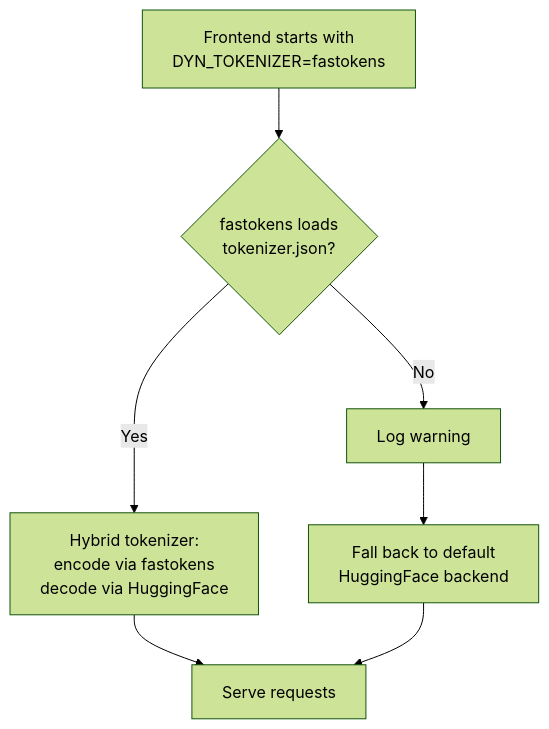
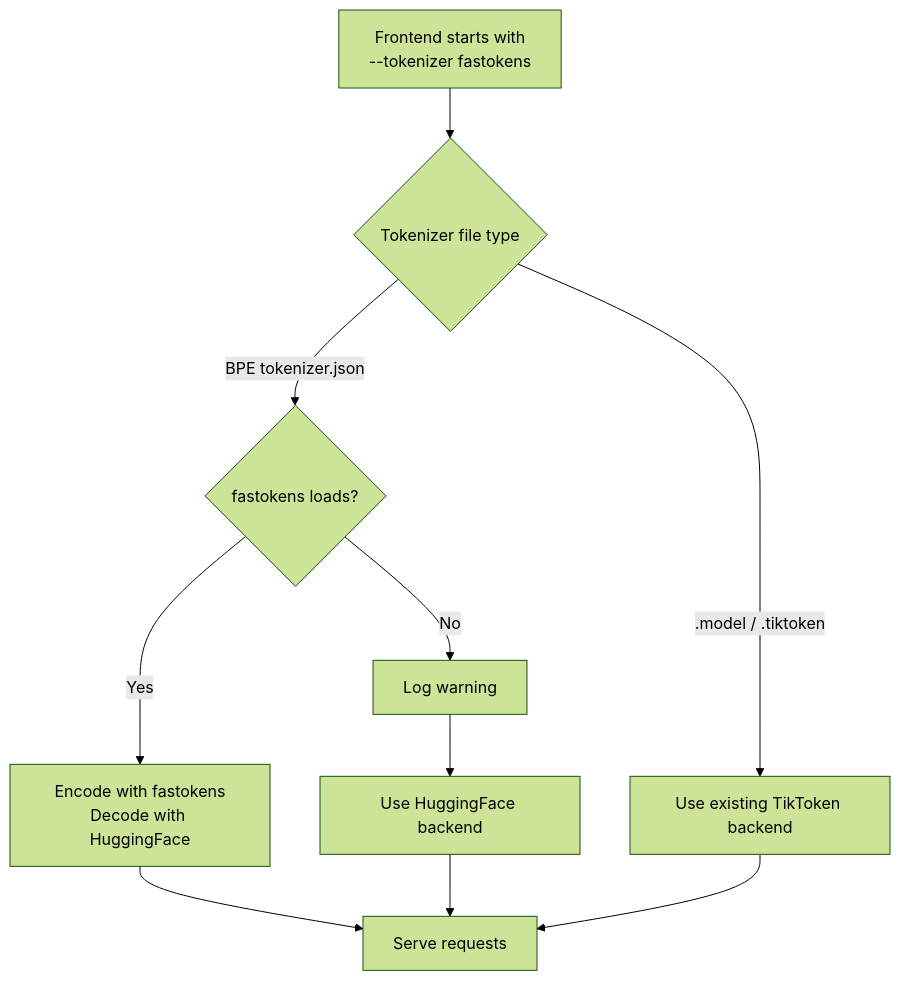
One commit to ai-dynamo/dynamo changed the diagram in docs/features/tokenizer/README.md. Above: the diagram before and after it, drawn with Mermaid (forest theme). The commit also changed other lines of this file, not shown here.

````diff
--- a/docs/features/tokenizer/README.md
+++ b/docs/features/tokenizer/README.md
@@ -53,8 +34,11 @@
 ```mermaid
 flowchart TD
-    Start["Frontend starts with<br/>DYN_TOKENIZER=fastokens"] --> Load{"fastokens loads<br/>tokenizer.json?"}
-    Load -->|Yes| Hybrid["Hybrid tokenizer:<br/>encode via fastokens<br/>decode via HuggingFace"]
-    Load -->|No| Warn["Log warning"] --> HF["Fall back to default<br/>HuggingFace backend"]
-    Hybrid --> Serve["Serve requests"]
-    HF --> Serve
+    Start["Frontend starts with<br/>--tokenizer fastokens"] --> Kind{"Tokenizer file type"}
+    Kind -->|BPE tokenizer.json| Load{"fastokens loads?"}
+    Kind -->|.model / .tiktoken| Other["Use existing TikToken backend"]
+    Load -->|Yes| Fast["Encode with fastokens<br/>Decode with HuggingFace"]
+    Load -->|No| Warn["Log warning"] --> Default["Use HuggingFace backend"]
+    Fast --> Serve["Serve requests"]
+    Default --> Serve
+    Other --> Serve
 ```
````
